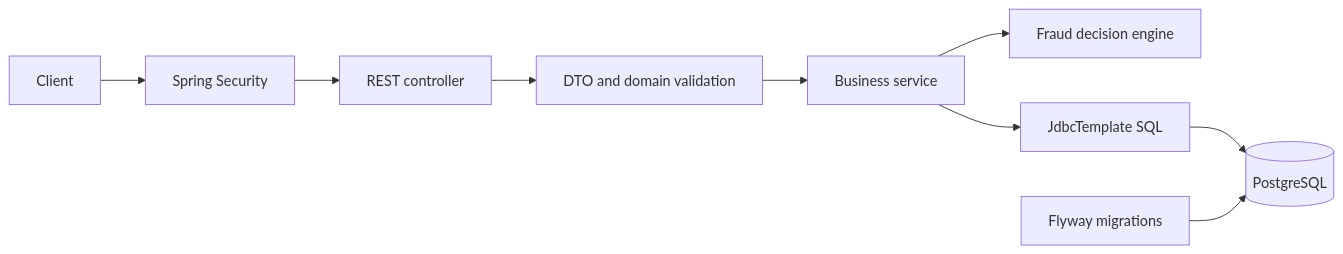
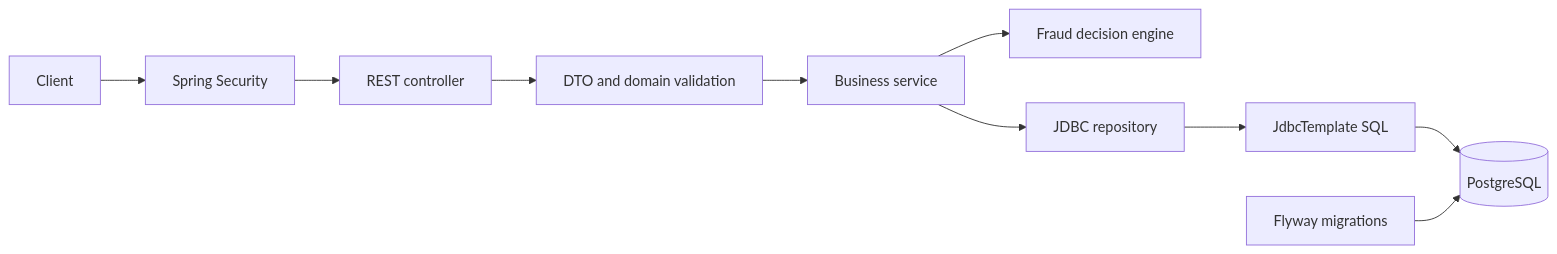
The first of 3 diagrams in docs/ARCHITECTURE.md (adhambatlouni/anti-fraud-system), drawn with Mermaid before and after one commit. The commit also changed other lines of this file and 10 other files, not shown here.

````diff
--- a/docs/ARCHITECTURE.md
+++ b/docs/ARCHITECTURE.md
@@ -23,11 +23,12 @@
 ```mermaid
 flowchart LR
     Client --> Security[Spring Security]
     Security --> Controller[REST controller]
     Controller --> Validation[DTO and domain validation]
     Validation --> Service[Business service]
     Service --> Engine[Fraud decision engine]
-    Service --> JDBC[JdbcTemplate SQL]
+    Service --> Repository[JDBC repository]
+    Repository --> JDBC[JdbcTemplate SQL]
     JDBC --> PostgreSQL[(PostgreSQL)]
     Flyway[Flyway migrations] --> PostgreSQL
 ```
````
